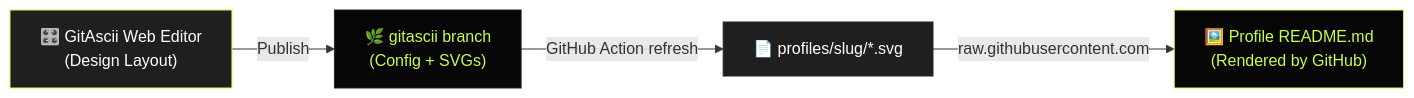
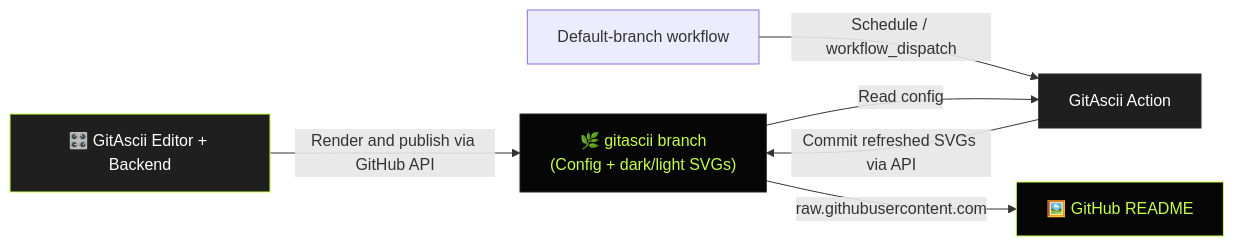
Before and after one commit to Igorcbraz/GitAscii: the diagram in README.md, drawn with Mermaid. The commit also changed other lines of this file and 453 other files, not shown here.

Commit message:
docs(v2): overhaul documentation, expand API references, and add Archify architecture diagrams

````diff
--- a/README.md
+++ b/README.md
@@ -85,11 +85,13 @@
 ```mermaid
 flowchart LR
-    A["🎛️ GitAscii Web Editor<br/>(Design Layout)"] -->|"Publish"| B["🌿 gitascii branch<br/>(Config + SVGs)"]
-    B -->|"GitHub Action refresh"| C["📄 profiles/slug/*.svg"]
-    C -->|"raw.githubusercontent.com"| E["🖼️ Profile README.md<br/>(Rendered by GitHub)"]
+    A["🎛️ GitAscii Editor + Backend"] -->|"Render and publish via GitHub API"| B["🌿 gitascii branch<br/>(Config + dark/light SVGs)"]
+    W["Default-branch workflow"] -->|"Schedule / workflow_dispatch"| C["GitAscii Action"]
+    B -->|"Read config"| C
+    C -->|"Commit refreshed SVGs via API"| B
+    B -->|"raw.githubusercontent.com"| E["🖼️ GitHub README"]
 
     style A fill:#1f1f1f,stroke:#c5ff4a,stroke-width:1px,color:#ffffff
     style B fill:#060606,stroke:#252525,stroke-width:1px,color:#c5ff4a
     style C fill:#1f1f1f,stroke:#252525,stroke-width:1px,color:#ffffff
     style E fill:#060606,stroke:#c5ff4a,stroke-width:1px,color:#c5ff4a
 ```
````
